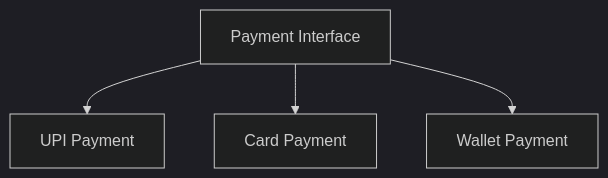
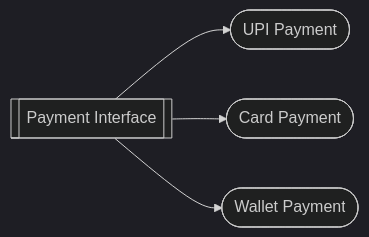
One commit to saivamsikaruturi/vamsilabs-dev-notes-main changed the fourth of 5 diagrams in docs/designpatterns/dp.md. Above: the diagram before and after it, drawn with Mermaid (dark theme). The commit also changed other lines of this file and 146 other files, not shown here.

Commit message:
Horizontal diagrams, UML class diagrams, typography overhaul, and permalink cleanup

````diff
--- a/docs/designpatterns/dp.md
+++ b/docs/designpatterns/dp.md
@@ -88,6 +88,6 @@
 ```mermaid
-flowchart TD
-    PI["Payment Interface"] --> UPI["UPI Payment"]
-    PI --> Card["Card Payment"]
-    PI --> Wallet["Wallet Payment"]
+flowchart LR
+    PI[["Payment Interface"]] --> UPI(["UPI Payment"])
+    PI --> Card(["Card Payment"])
+    PI --> Wallet(["Wallet Payment"])
 ```
````
